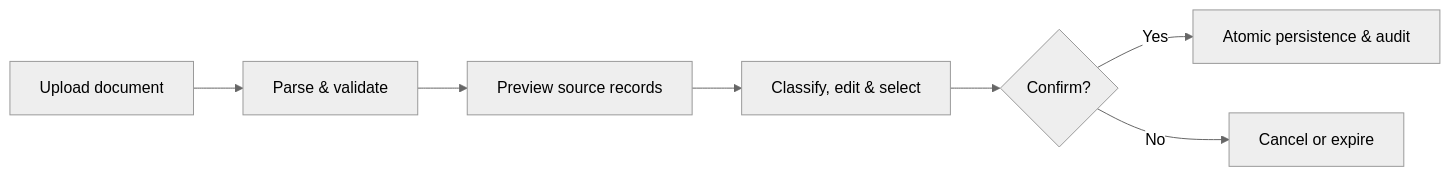
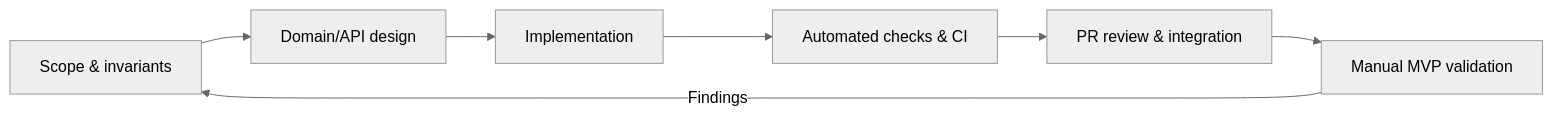
One commit to danilobsilv/BankingIntelligentSheet changed the second of 2 diagrams in README.md. Above: the diagram before and after it, drawn with Mermaid (neutral theme). The commit also changed other lines of this file, not shown here.

Commit message:
docs: refresh README.md for MVP engineering showcase

````diff
--- a/README.md
+++ b/README.md
@@ -37,9 +64,9 @@
 ```mermaid
 flowchart LR
-    A[Upload document] --> B[Parse & validate]
-    B --> C[Preview source records]
-    C --> D[Classify, edit & select]
-    D --> E{Confirm?}
-    E -->|Yes| F[Atomic persistence & audit]
-    E -->|No| G[Cancel or expire]
+    S[Scope & invariants] --> D[Domain/API design]
+    D --> B[Implementation]
+    B --> T[Automated checks & CI]
+    T --> R[PR review & integration]
+    R --> H[Manual MVP validation]
+    H -->|Findings| S
 ```
````
